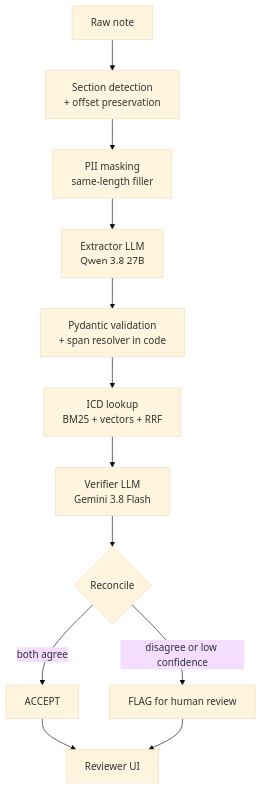
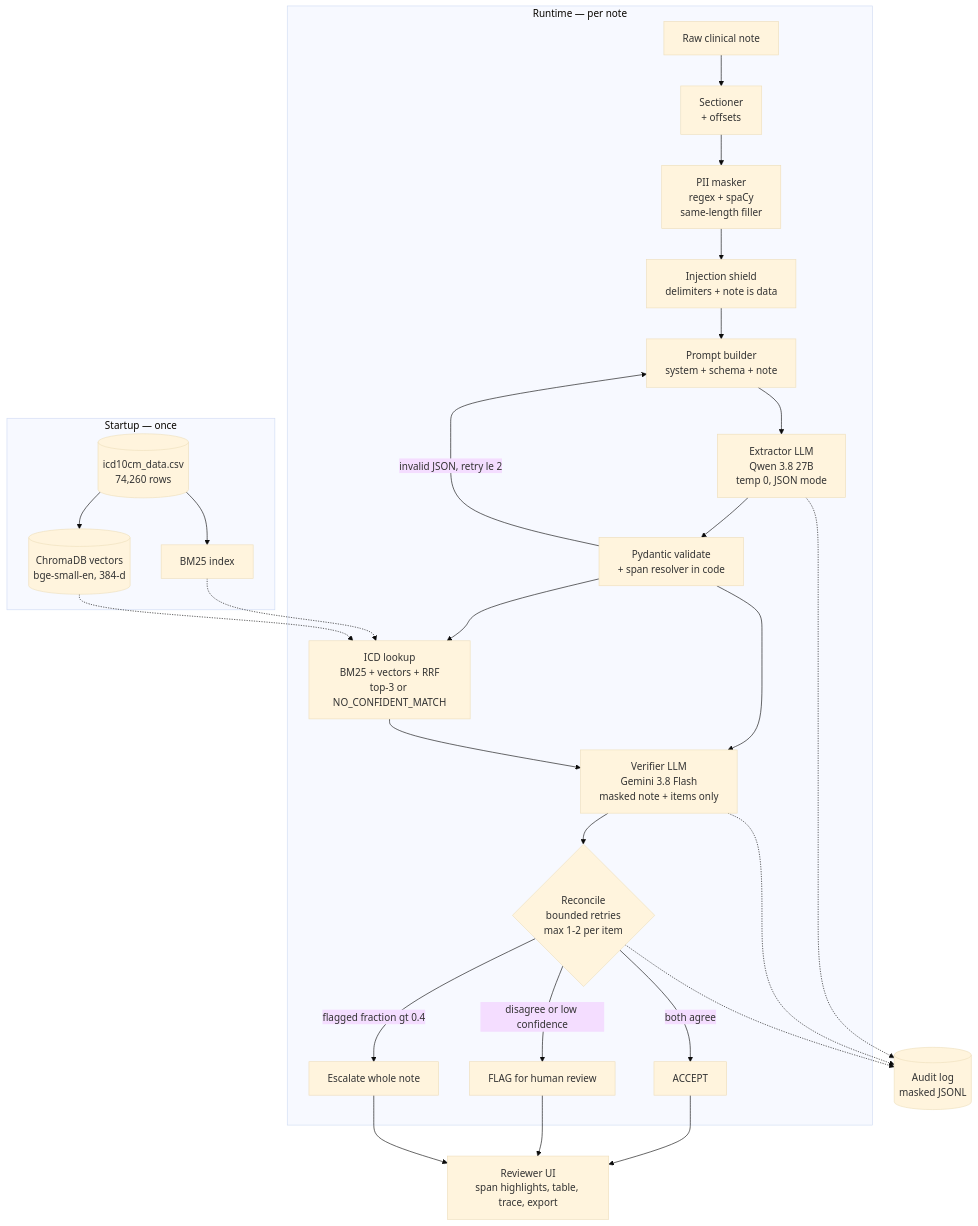
One commit to shaswatdalai/-AI-Powered-Clinical-Note-Extraction-and-Coding-Agent-MVP changed the diagram in docs/ARCHITECTURE.md. Above: the diagram before and after it, drawn with Mermaid (base theme). The commit also changed other lines of this file and 2 other files, not shown here.

````diff
--- a/docs/ARCHITECTURE.md
+++ b/docs/ARCHITECTURE.md
@@ -56,14 +40,36 @@
 ```mermaid
 flowchart TD
-    A[Raw note] --> B[Section detection<br/>+ offset preservation]
-    B --> C[PII masking<br/>same-length filler]
-    C --> D[Extractor LLM<br/>Qwen 3.8 27B]
-    D --> E[Pydantic validation<br/>+ span resolver in code]
-    E --> F[ICD lookup<br/>BM25 + vectors + RRF]
-    F --> G[Verifier LLM<br/>Gemini 3.8 Flash]
-    G --> H{Reconcile}
-    H -->|both agree| ACC[ACCEPT]
-    H -->|disagree or low confidence| FLAG[FLAG for human review]
-    ACC --> UI[Reviewer UI]
+    subgraph STARTUP[Startup — once]
+        ICD[(icd10cm_data.csv<br/>74,260 rows)]
+        BM[BM25 index]
+        CH[(ChromaDB vectors<br/>bge-small-en, 384-d)]
+        ICD --> BM
+        ICD --> CH
+    end
+
+    subgraph RUNTIME[Runtime — per note]
+        N[Raw clinical note] --> SEC[Sectioner<br/>+ offsets]
+        SEC --> MASK[PII masker<br/>regex + spaCy<br/>same-length filler]
+        MASK --> SHIELD[Injection shield<br/>delimiters + note is data]
+        SHIELD --> PB[Prompt builder<br/>system + schema + note]
+        PB --> EXT[Extractor LLM<br/>Qwen 3.8 27B<br/>temp 0, JSON mode]
+        EXT --> PYD[Pydantic validate<br/>+ span resolver in code]
+        PYD -- invalid JSON, retry le 2 --> PB
+        PYD --> ICDLOOK[ICD lookup<br/>BM25 + vectors + RRF<br/>top-3 or NO_CONFIDENT_MATCH]
+        BM -.-> ICDLOOK
+        CH -.-> ICDLOOK
+        PYD --> VER[Verifier LLM<br/>Gemini 3.8 Flash<br/>masked note + items only]
+        ICDLOOK --> VER
+        VER --> REC{Reconcile<br/>bounded retries<br/>max 1-2 per item}
+        REC -- both agree --> ACC[ACCEPT]
+        REC -- disagree or low confidence --> FLAG[FLAG for human review]
+        REC -- flagged fraction gt 0.4 --> ESC[Escalate whole note]
+    end
+
+    ACC --> UI[Reviewer UI<br/>span highlights, table, trace, export]
     FLAG --> UI
+    ESC --> UI
+    EXT -.-> LOG[(Audit log<br/>masked JSONL)]
+    VER -.-> LOG
+    REC -.-> LOG
 ```
````
